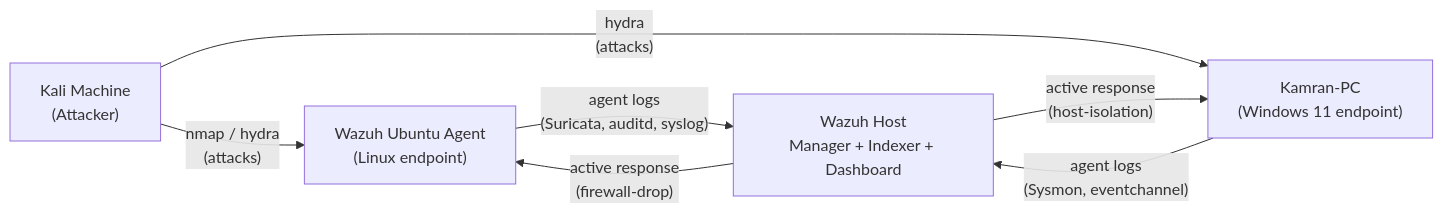
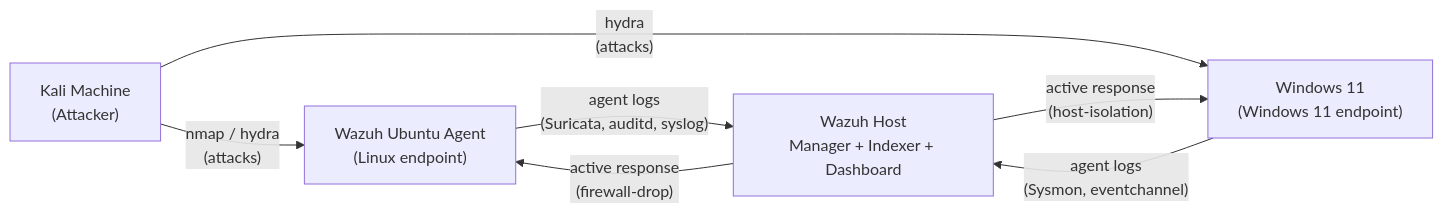
The diagram in README.md (kamransk-18/SOC-Detection-Lab), drawn with Mermaid before and after one commit. The commit also changed other lines of this file, not shown here.

````diff
--- a/README.md
+++ b/README.md
@@ -20,14 +20,14 @@
 ```mermaid
 flowchart LR
     Kali["Kali Machine\n(Attacker)"]
     Linux["Wazuh Ubuntu Agent\n(Linux endpoint)"]
-    Win["Kamran-PC\n(Windows 11 endpoint)"]
+    Win["Windows 11\n(Windows 11 endpoint)"]
     Manager["Wazuh Host\nManager + Indexer + Dashboard"]
 
     Kali -- "nmap / hydra\n(attacks)" --> Linux
     Kali -- "hydra\n(attacks)" --> Win
     Linux -- "agent logs\n(Suricata, auditd, syslog)" --> Manager
     Win -- "agent logs\n(Sysmon, eventchannel)" --> Manager
     Manager -- "active response\n(firewall-drop)" --> Linux
     Manager -- "active response\n(host-isolation)" --> Win
 ```
````
